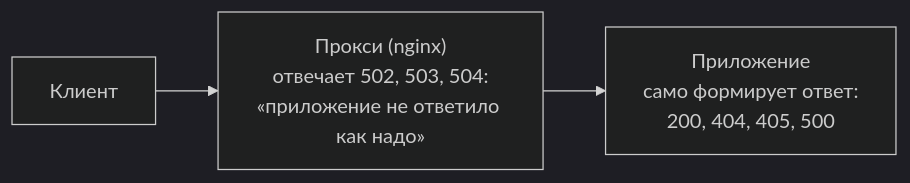
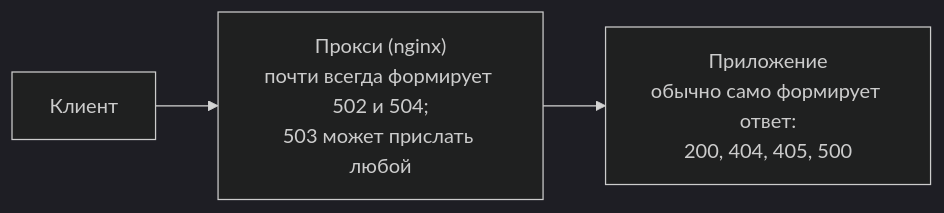
The third of 9 diagrams in devops/02-network/04-http.md (distinguished-sre/learning), drawn with Mermaid (dark theme) before and after one commit. The commit also changed other lines of this file and 462 other files, not shown here.

````diff
--- a/devops/02-network/04-http.md
+++ b/devops/02-network/04-http.md
@@ -260,5 +282,5 @@
 ```mermaid
 flowchart LR
-    C["Клиент"] --> P["Прокси (nginx)<br>отвечает 502, 503, 504:<br>«приложение не ответило как надо»"]
-    P --> A["Приложение<br>само формирует ответ:<br>200, 404, 405, 500"]
+    C["Клиент"] --> P["Прокси (nginx)<br>почти всегда формирует 502 и 504;<br>503 может прислать любой"]
+    P --> A["Приложение<br>обычно само формирует ответ:<br>200, 404, 405, 500"]
 ```
````
